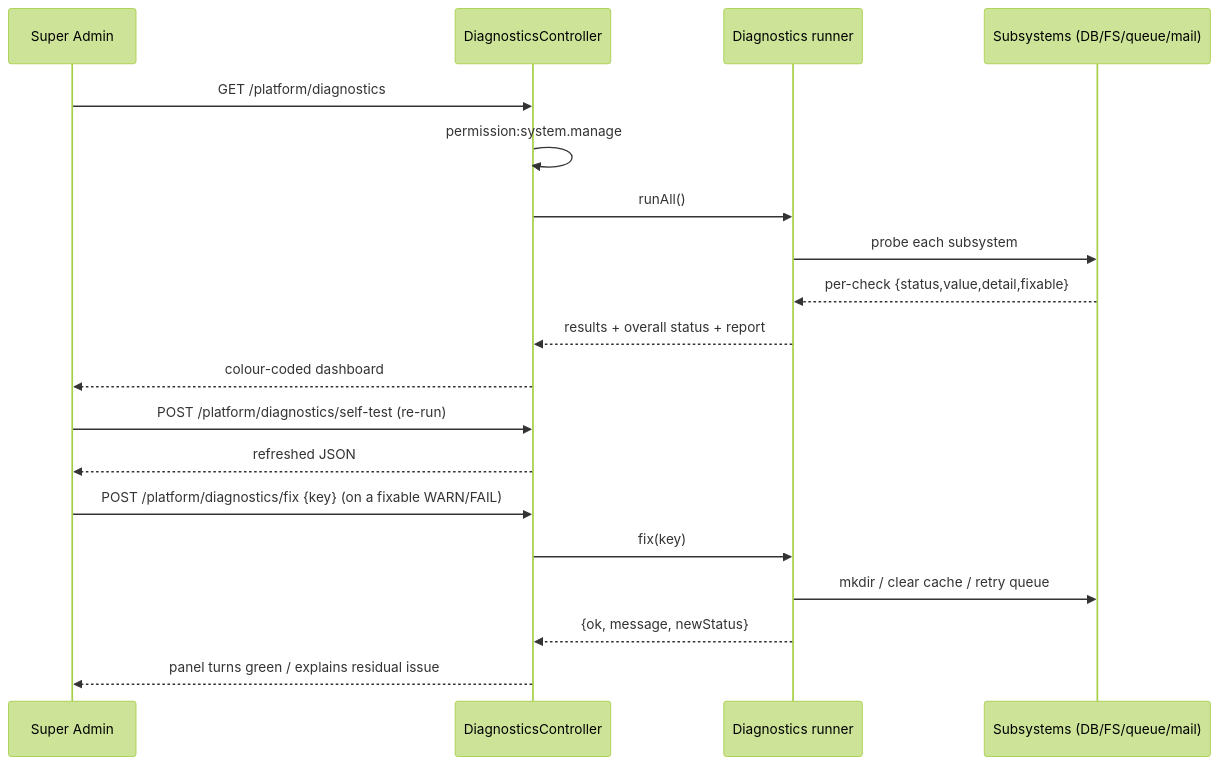
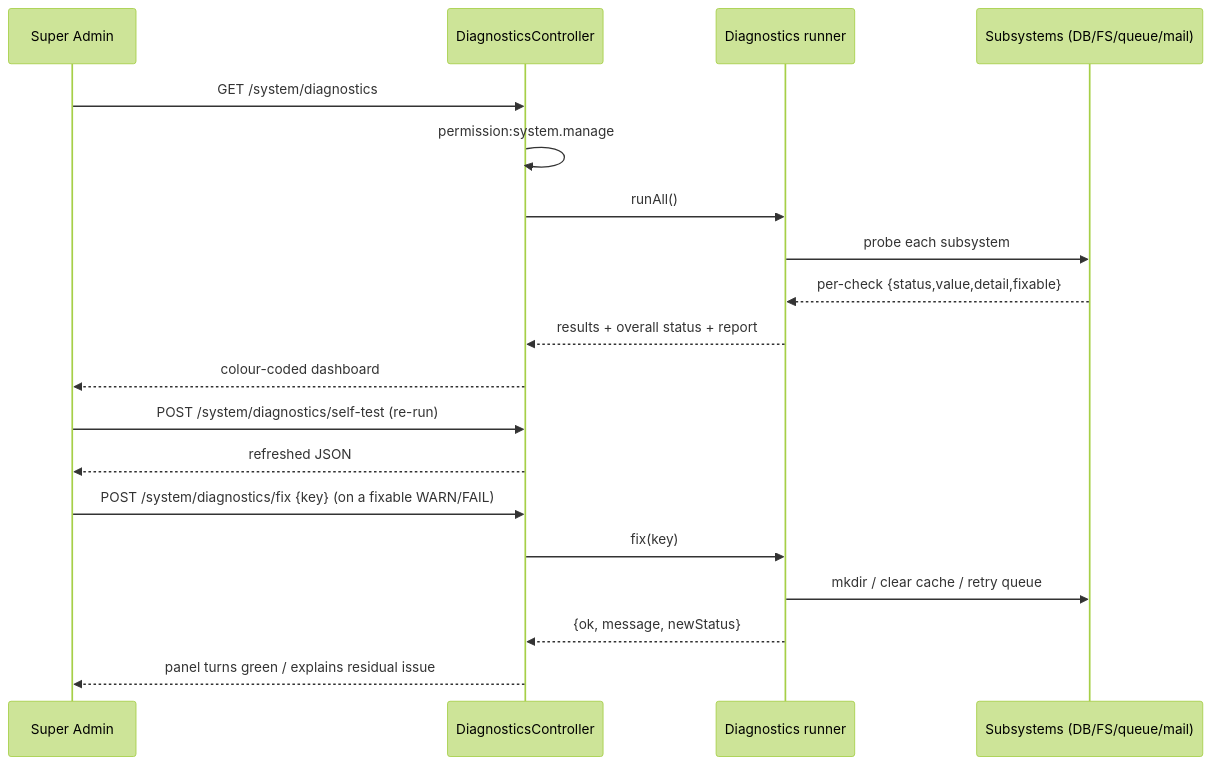
The second of 2 diagrams in docs/33-System-Diagnostics.md (ammarnabileg/crm), drawn with Mermaid (forest theme) before and after one commit. The commit also changed other lines of this file and 9 other files, not shown here.

````diff
--- a/docs/33-System-Diagnostics.md
+++ b/docs/33-System-Diagnostics.md
@@ -92,22 +92,22 @@
 ```mermaid
 sequenceDiagram
     participant A as Super Admin
     participant C as DiagnosticsController
     participant R as Diagnostics runner
     participant S as Subsystems (DB/FS/queue/mail)
 
-    A->>C: GET /platform/diagnostics
+    A->>C: GET /system/diagnostics
     C->>C: permission:system.manage
     C->>R: runAll()
     R->>S: probe each subsystem
     S-->>R: per-check {status,value,detail,fixable}
     R-->>C: results + overall status + report
     C-->>A: colour-coded dashboard
-    A->>C: POST /platform/diagnostics/self-test (re-run)
+    A->>C: POST /system/diagnostics/self-test (re-run)
     C-->>A: refreshed JSON
-    A->>C: POST /platform/diagnostics/fix {key} (on a fixable WARN/FAIL)
+    A->>C: POST /system/diagnostics/fix {key} (on a fixable WARN/FAIL)
     C->>R: fix(key)
     R->>S: mkdir / clear cache / retry queue
     R-->>C: {ok, message, newStatus}
     C-->>A: panel turns green / explains residual issue
 ```
````
